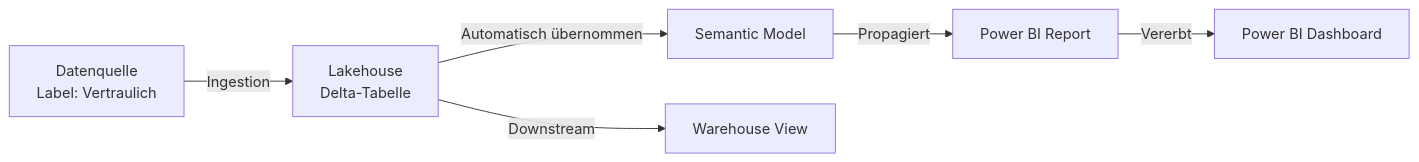
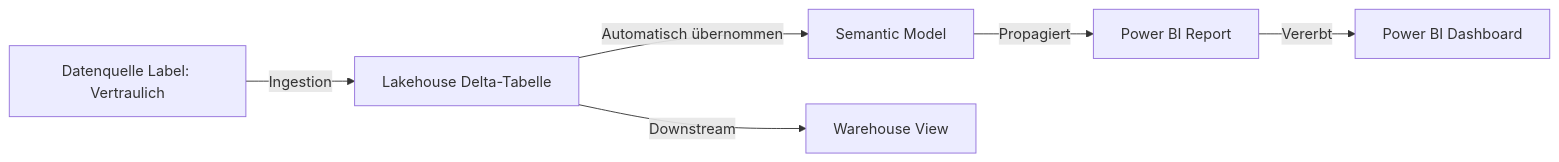
One commit to SoniiiT/notes-n-docs changed the second of 7 diagrams in Microsoft 365/Azure/Fabric/Microsoft Purview in Fabric.md. Above: the diagram before and after it, drawn with Mermaid. The commit also changed other lines of this file and 124 other files, not shown here.

First line of the commit message:
fix: Entferne \n aus allen Mermaid-Diagrammen (125 Dateien)

````diff
--- a/Microsoft 365/Azure/Fabric/Microsoft Purview in Fabric.md
+++ b/Microsoft 365/Azure/Fabric/Microsoft Purview in Fabric.md
@@ -57,8 +57,8 @@
 ```mermaid
 graph LR
-    A[Datenquelle\nLabel: Vertraulich] -->|Ingestion| B[Lakehouse\nDelta-Tabelle]
+    A[Datenquelle Label: Vertraulich] -->|Ingestion| B[Lakehouse Delta-Tabelle]
     B -->|Automatisch übernommen| C[Semantic Model]
     C -->|Propagiert| D[Power BI Report]
     D -->|Vererbt| E[Power BI Dashboard]
     B -->|Downstream| F[Warehouse View]
 ```
````
